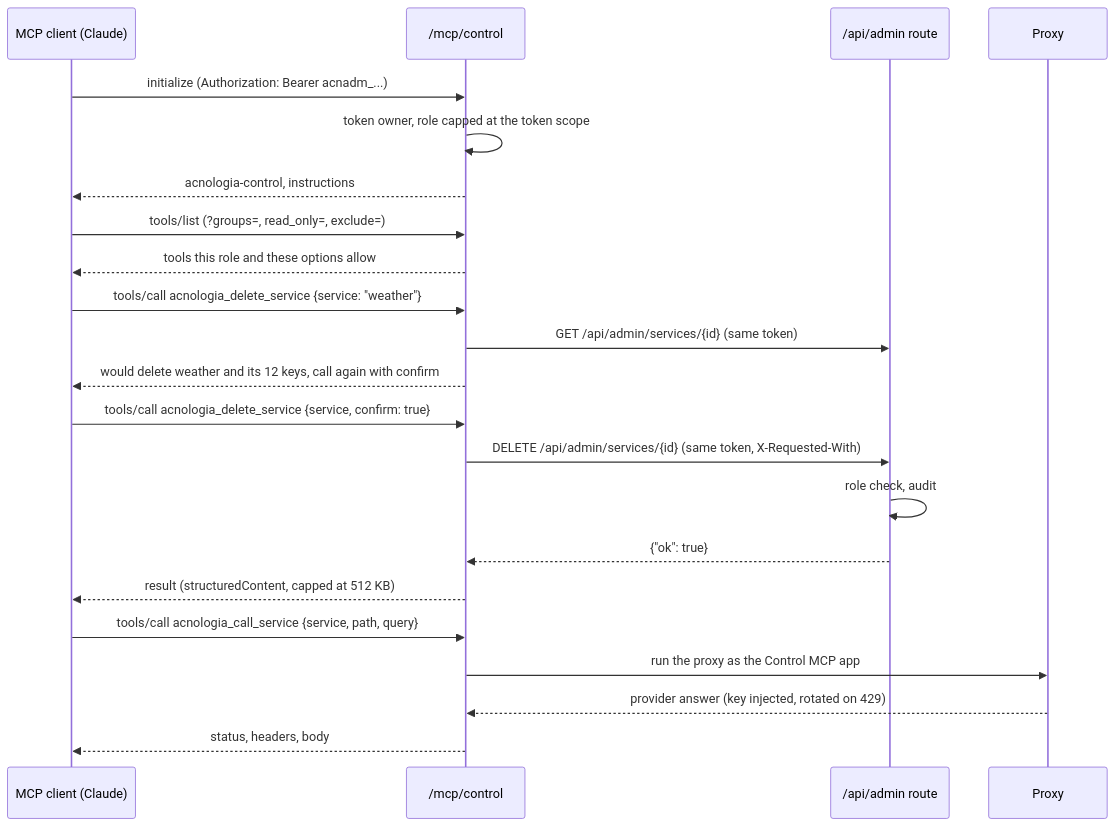
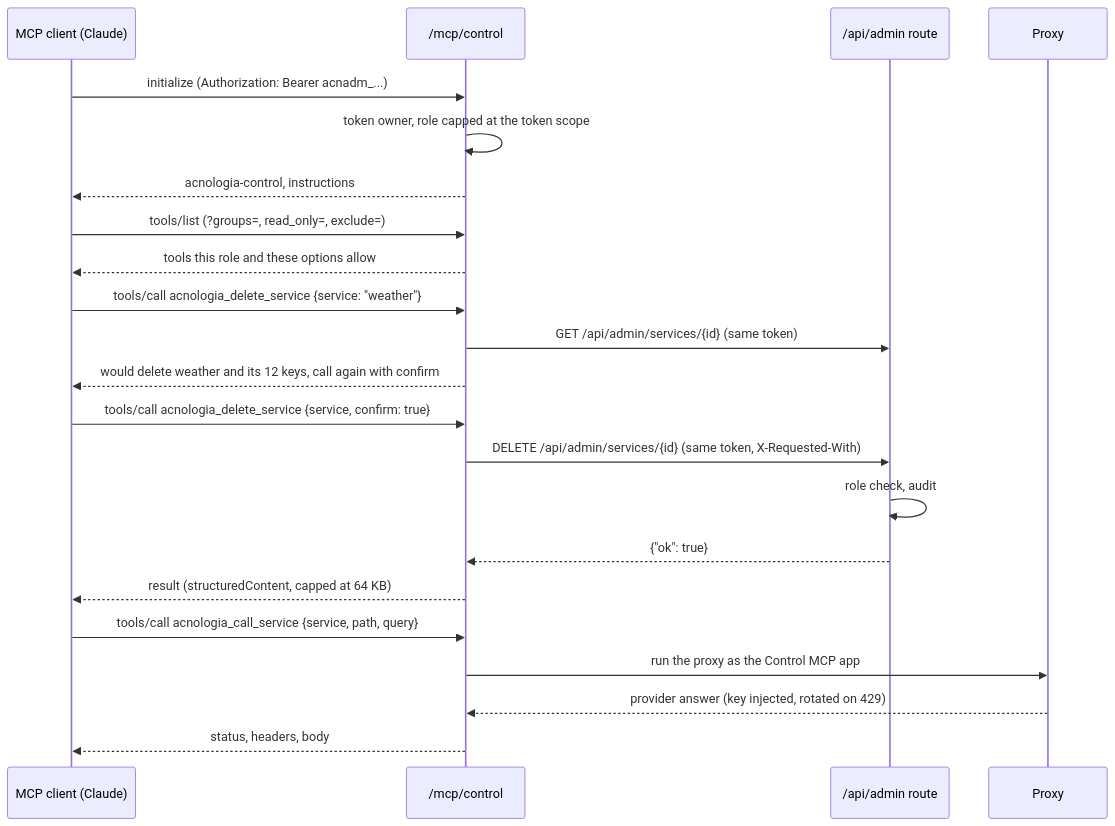
Before and after one commit to sidharthpunathil/acnologia: the tenth of 21 diagrams in server/internal/docsmd/files/flows.md, drawn with Mermaid. The commit also changed 9 other files, not shown here.

````diff
--- a/server/internal/docsmd/files/flows.md
+++ b/server/internal/docsmd/files/flows.md
@@ -549,25 +549,25 @@
 ```mermaid
 sequenceDiagram
     participant Cl as MCP client (Claude)
     participant M as /mcp/control
     participant R as /api/admin route
     participant P as Proxy
 
     Cl->>M: initialize (Authorization: Bearer acnadm_...)
     M->>M: token owner, role capped at the token scope
     M-->>Cl: acnologia-control, instructions
     Cl->>M: tools/list (?groups=, read_only=, exclude=)
     M-->>Cl: tools this role and these options allow
     Cl->>M: tools/call acnologia_delete_service {service: "weather"}
     M->>R: GET /api/admin/services/{id} (same token)
     M-->>Cl: would delete weather and its 12 keys, call again with confirm
     Cl->>M: tools/call acnologia_delete_service {service, confirm: true}
     M->>R: DELETE /api/admin/services/{id} (same token, X-Requested-With)
     R->>R: role check, audit
     R-->>M: {"ok": true}
-    M-->>Cl: result (structuredContent, capped at 512 KB)
+    M-->>Cl: result (structuredContent, capped at 64 KB)
     Cl->>M: tools/call acnologia_call_service {service, path, query}
     M->>P: run the proxy as the Control MCP app
     P-->>M: provider answer (key injected, rotated on 429)
     M-->>Cl: status, headers, body
 ```
````
